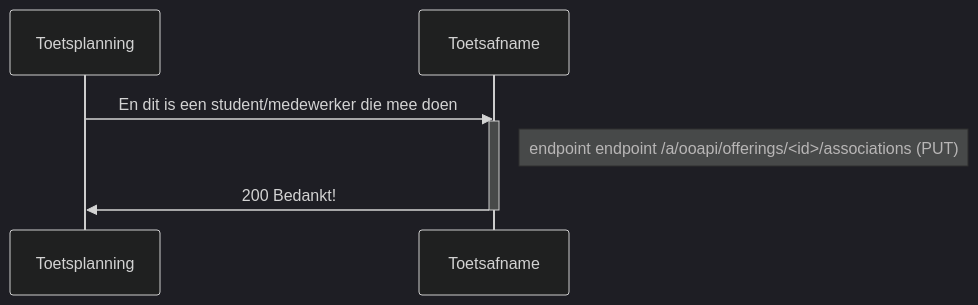
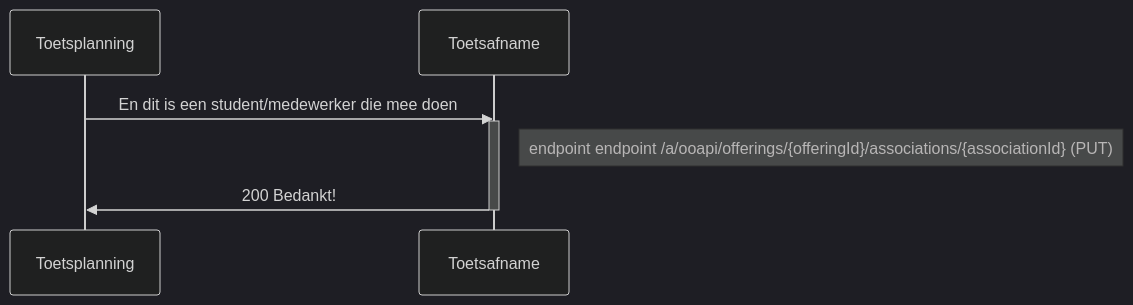
Before and after one commit to NetwerkExamineringDigitalisering/NED-OOAPI: the fifth of 8 diagrams in doc/flow2.md, drawn with Mermaid (dark theme). The commit also changed other lines of this file, not shown here.

First line of the commit message:
Update flow2.md

````diff
--- a/doc/flow2.md
+++ b/doc/flow2.md
@@ -223,8 +223,8 @@
 ```mermaid
 sequenceDiagram
     Toetsplanning->>Toetsafname: En dit is een  student/medewerker die mee doen
     activate Toetsafname
-    Note right of Toetsafname: endpoint endpoint /a/ooapi/offerings/<id>/associations (PUT)
+    Note right of Toetsafname: endpoint endpoint /a/ooapi/offerings/{offeringId}/associations/{associationId} (PUT)
     Toetsafname->>Toetsplanning: 200 Bedankt!
     deactivate Toetsafname
 ```
````
